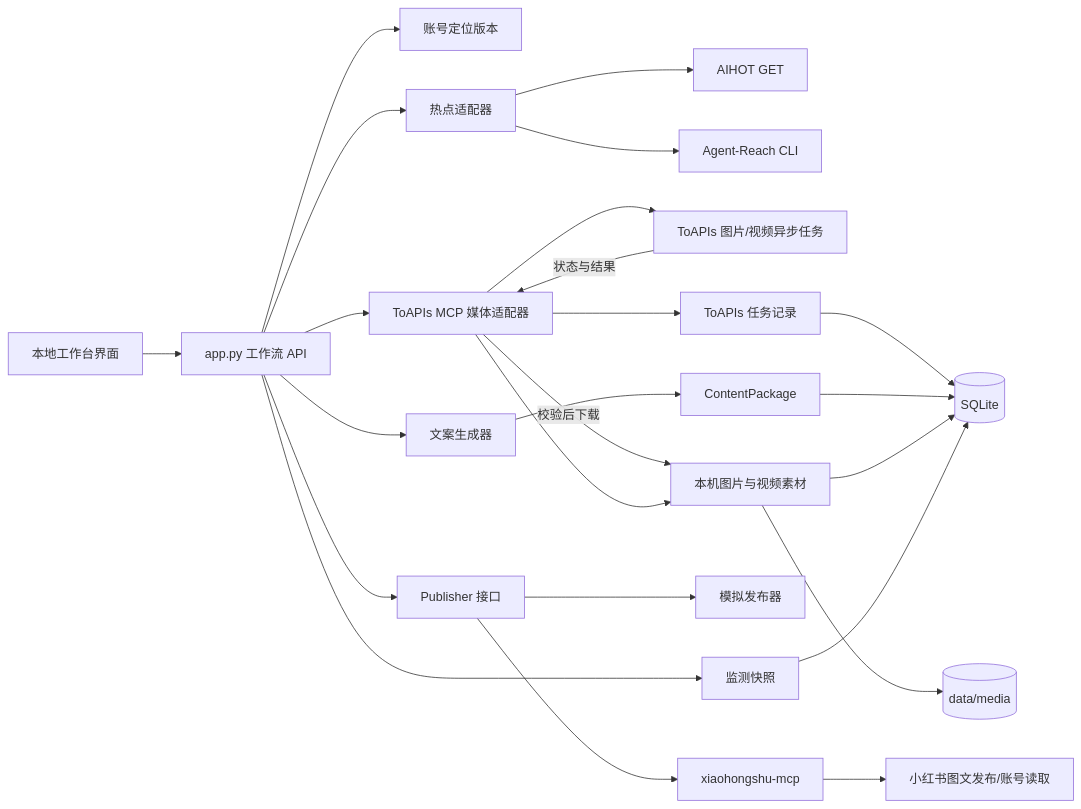
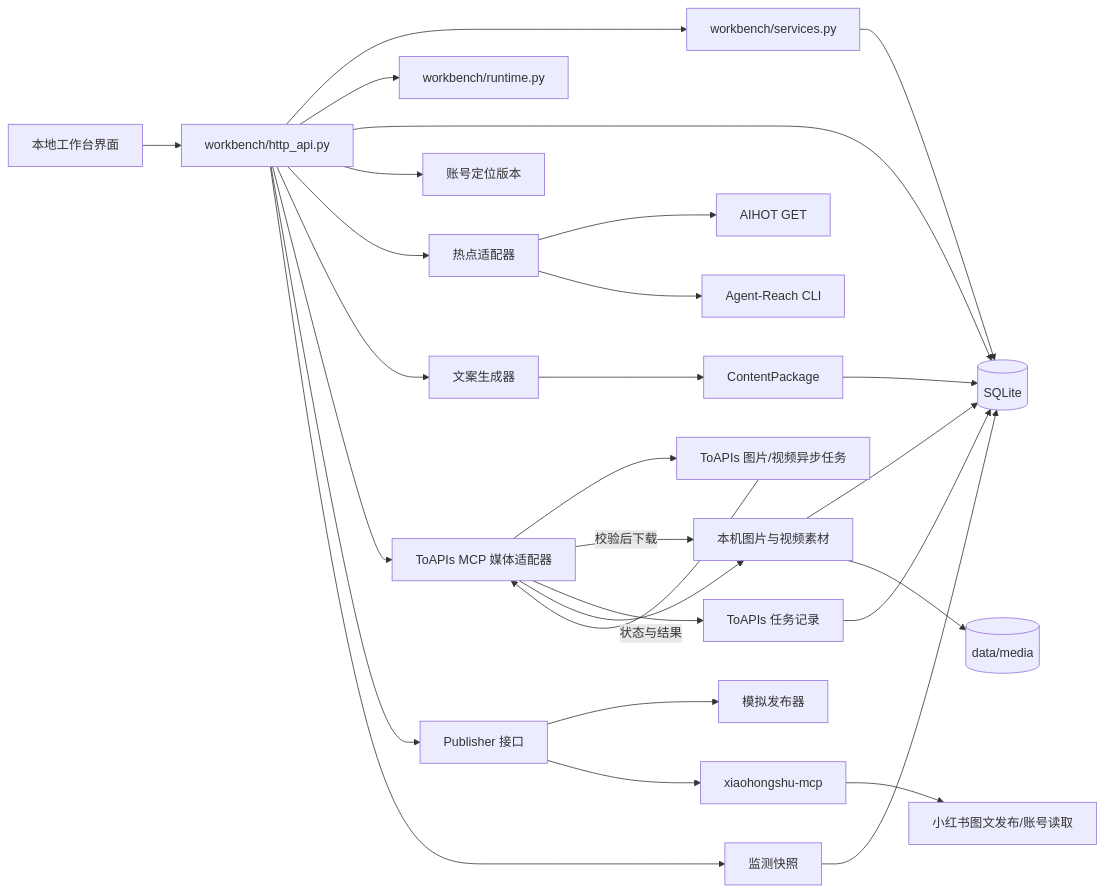
The diagram in docs/ARCHITECTURE.md (zhaomuyuan357-creator/self-media-workbench), drawn with Mermaid before and after one commit. The commit also changed other lines of this file and 23 other files, not shown here.

Commit message:
refactor: modularize workbench services and frontend

````diff
--- a/docs/ARCHITECTURE.md
+++ b/docs/ARCHITECTURE.md
@@ -16,26 +16,30 @@
 ```mermaid
 flowchart LR
-  UI[本地工作台界面] --> API[app.py 工作流 API]
+  UI[本地工作台界面] --> API[workbench/http_api.py]
+  API --> SVC[workbench/services.py]
+  API --> RT[workbench/runtime.py]
+  API --> DB[(SQLite)]
+  SVC --> DB
   API --> PROF[账号定位版本]
   API --> TREND[热点适配器]
   TREND --> AIHOT[AIHOT GET]
   TREND --> REACH[Agent-Reach CLI]
   API --> TEXT[文案生成器]
   API --> TOAPIS[ToAPIs MCP 媒体适配器]
   TOAPIS --> REMOTE[ToAPIs 图片/视频异步任务]
   REMOTE -->|状态与结果| TOAPIS
   TOAPIS -->|校验后下载| ASSET
   TOAPIS --> TGEN[ToAPIs 任务记录]
   TGEN --> DB
   TEXT --> CP[ContentPackage]
   TOAPIS --> ASSET[本机图片与视频素材]
-  CP --> DB[(SQLite)]
+  CP --> DB
   ASSET --> DB
   ASSET --> FS[(data/media)]
   API --> PUB[Publisher 接口]
   PUB --> MOCK[模拟发布器]
   PUB --> MCP[xiaohongshu-mcp]
   MCP --> XHS[小红书图文发布/账号读取]
   API --> MON[监测快照]
   MON --> DB
 ```
````
